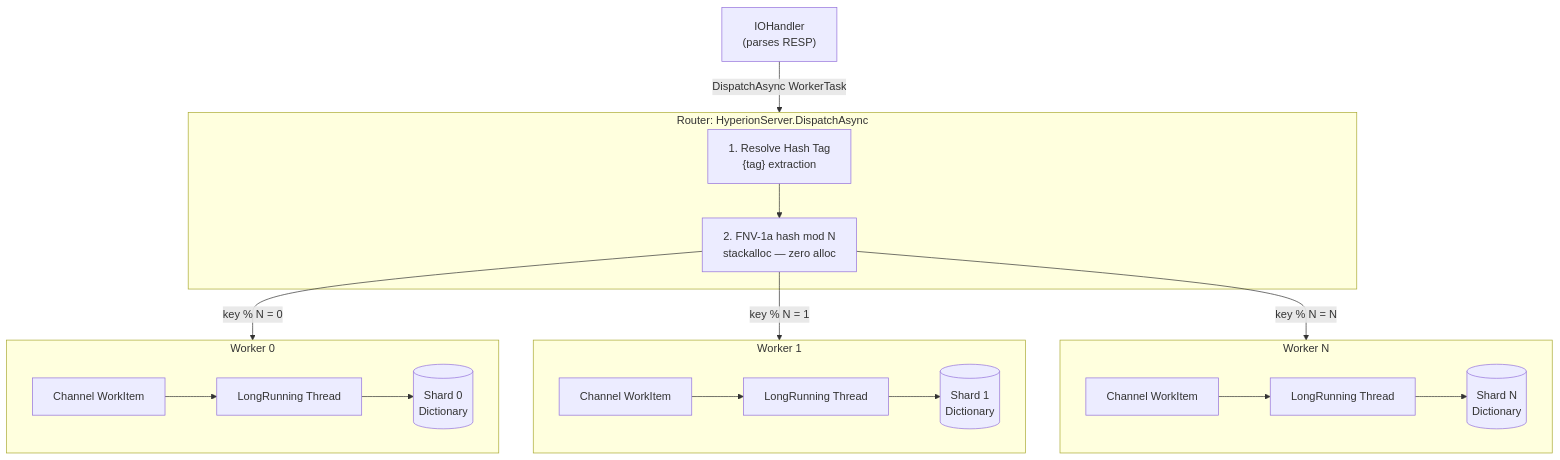
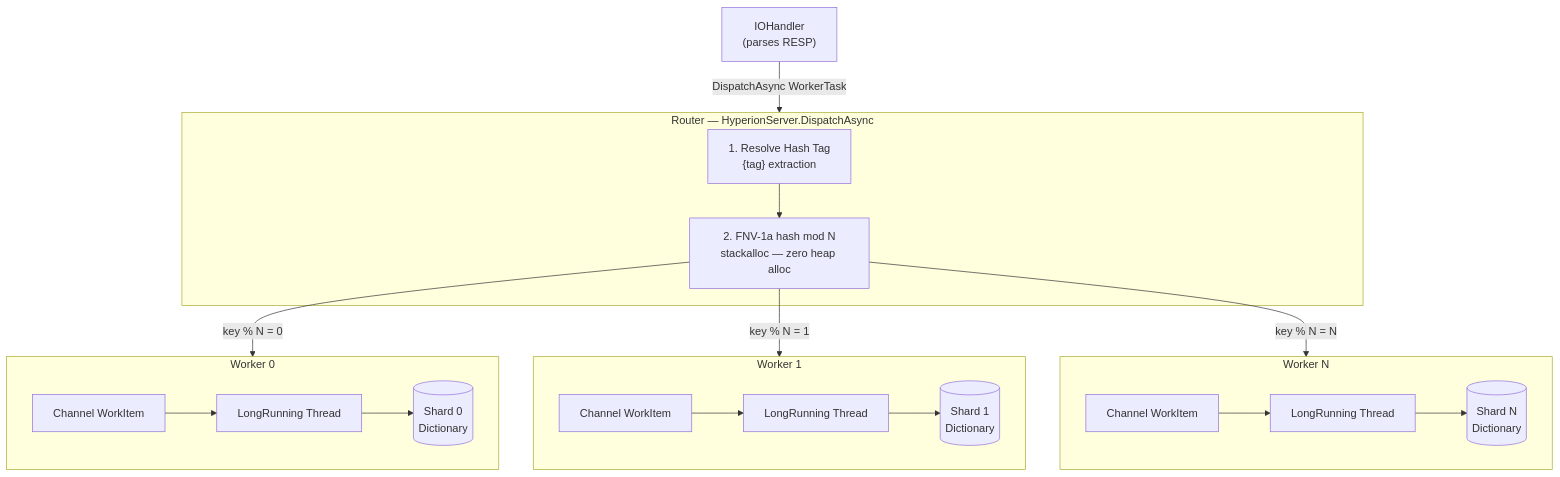
One commit to ductai202/redis_build changed the fifth of 6 diagrams in README.md. Above: the diagram before and after it, drawn with Mermaid. The commit also changed other lines of this file and 23 other files, not shown here.

First line of the commit message:
feat: restore deleted test projects and update docs with architecture references

````diff
--- a/README.md
+++ b/README.md
@@ -108,28 +116,28 @@
 ```mermaid
 flowchart TD
     IH["IOHandler\n(parses RESP)"]
     -->|"DispatchAsync WorkerTask"| RT
 
-    subgraph RT["Router: HyperionServer.DispatchAsync"]
+    subgraph RT["Router — HyperionServer.DispatchAsync"]
         HT["1. Resolve Hash Tag\n{tag} extraction"]
-        FNV["2. FNV-1a hash mod N\nstackalloc — zero alloc"]
+        FNV["2. FNV-1a hash mod N\nstackalloc — zero heap alloc"]
         HT --> FNV
     end
 
     FNV -->|"key % N = 0"| W0
     FNV -->|"key % N = 1"| W1
     FNV -->|"key % N = N"| WN
 
     subgraph W0[Worker 0]
-        CH0[Channel WorkItem] --> EL0[LongRunning Thread]
-        EL0 --> S0[(Shard 0\nDictionary)]
+        CH0["Channel WorkItem"] --> EL0["LongRunning Thread"]
+        EL0 --> S0[("Shard 0\nDictionary")]
     end
     subgraph W1[Worker 1]
-        CH1[Channel WorkItem] --> EL1[LongRunning Thread]
-        EL1 --> S1[(Shard 1\nDictionary)]
+        CH1["Channel WorkItem"] --> EL1["LongRunning Thread"]
+        EL1 --> S1[("Shard 1\nDictionary")]
     end
     subgraph WN[Worker N]
-        CHN[Channel WorkItem] --> ELN[LongRunning Thread]
-        ELN --> SN[(Shard N\nDictionary)]
+        CHN["Channel WorkItem"] --> ELN["LongRunning Thread"]
+        ELN --> SN[("Shard N\nDictionary")]
     end
 ```
````
